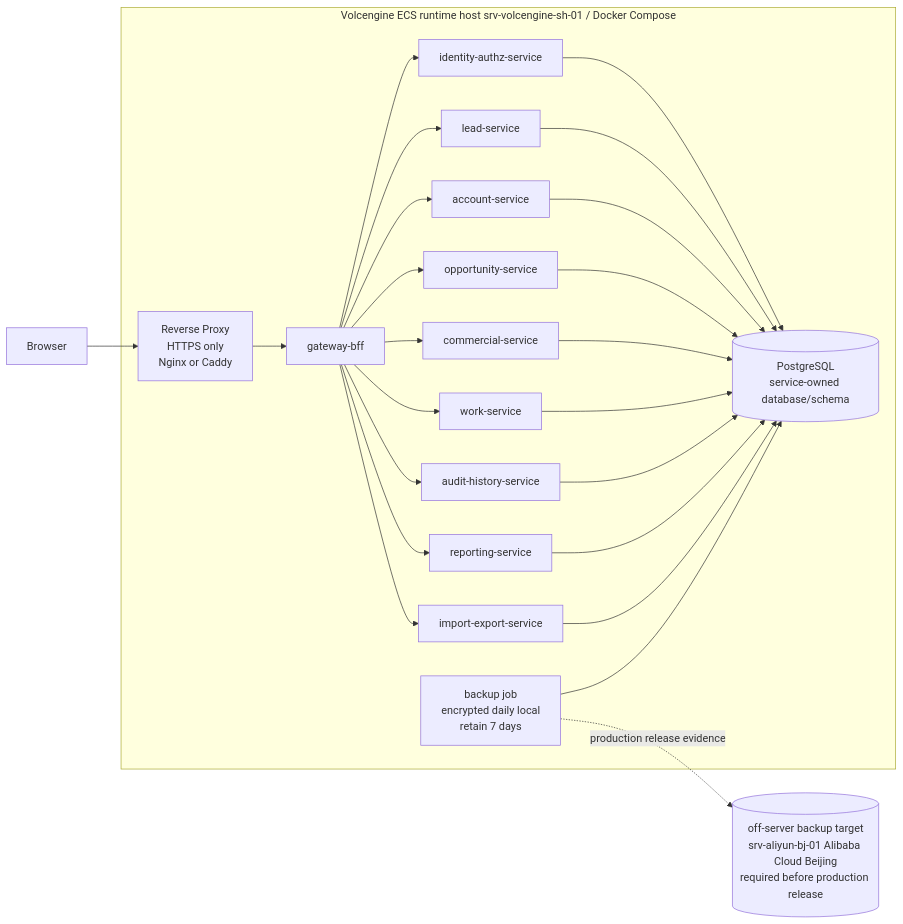
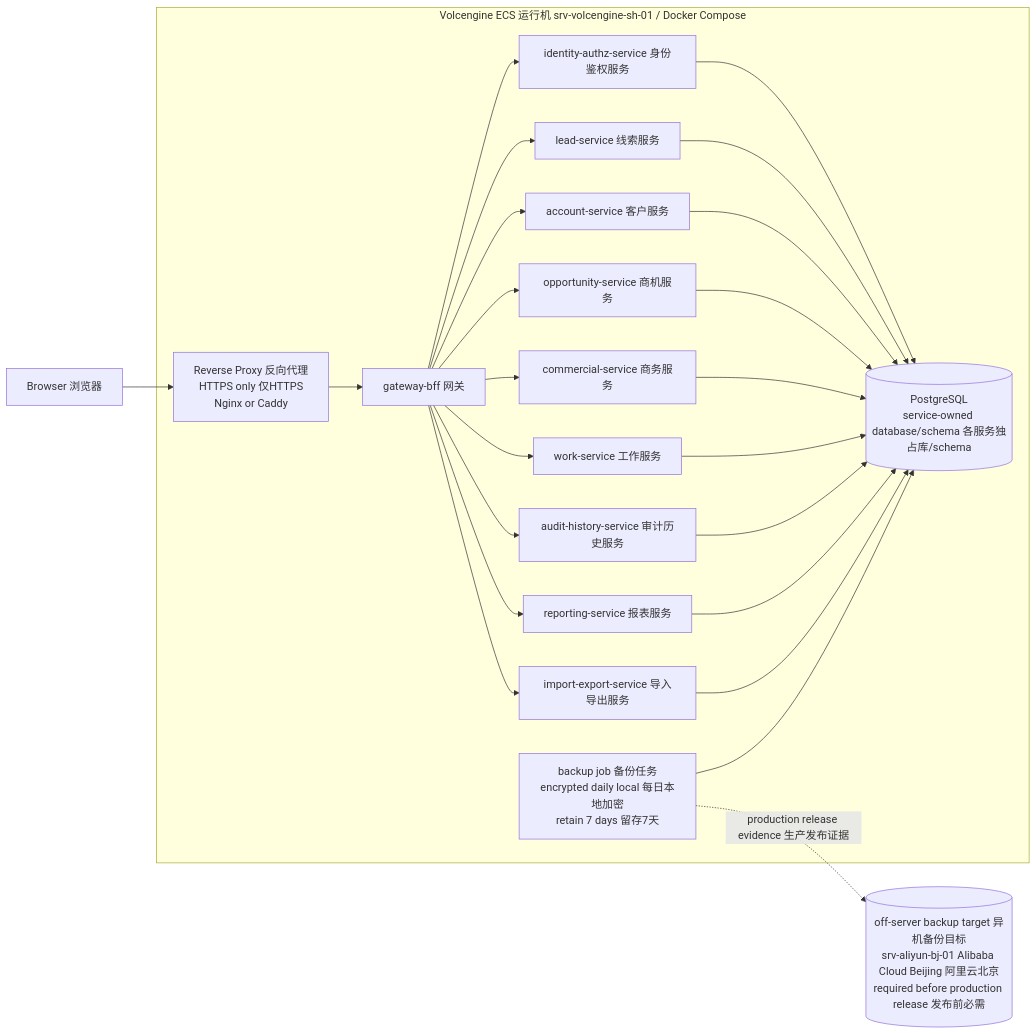
The first of 14 diagrams in docs/architecture/architecture.md (Neil996777/crm-system), drawn with Mermaid before and after one commit. The commit also changed other lines of this file and 33 other files, not shown here.

````diff
--- a/docs/architecture/architecture.md
+++ b/docs/architecture/architecture.md
@@ -112,47 +112,47 @@
 ```mermaid
 flowchart LR
-  Browser[Browser]
-  Proxy[Reverse Proxy<br/>HTTPS only<br/>Nginx or Caddy]
-  BFF[gateway-bff]
+  Browser[Browser 浏览器]
+  Proxy[Reverse Proxy 反向代理<br/>HTTPS only 仅HTTPS<br/>Nginx or Caddy]
+  BFF[gateway-bff 网关]
 
-  subgraph ECS[Volcengine ECS runtime host srv-volcengine-sh-01 / Docker Compose]
+  subgraph ECS[Volcengine ECS 运行机 srv-volcengine-sh-01 / Docker Compose]
     Proxy
     BFF
-    Auth[identity-authz-service]
-    Lead[lead-service]
-    Account[account-service]
-    Opp[opportunity-service]
-    Comm[commercial-service]
-    Work[work-service]
-    Audit[audit-history-service]
-    Report[reporting-service]
-    Import[import-export-service]
-    PG[(PostgreSQL<br/>service-owned database/schema)]
-  Backup[backup job<br/>encrypted daily local<br/>retain 7 days]
+    Auth[identity-authz-service 身份鉴权服务]
+    Lead[lead-service 线索服务]
+    Account[account-service 客户服务]
+    Opp[opportunity-service 商机服务]
+    Comm[commercial-service 商务服务]
+    Work[work-service 工作服务]
+    Audit[audit-history-service 审计历史服务]
+    Report[reporting-service 报表服务]
+    Import[import-export-service 导入导出服务]
+    PG[(PostgreSQL<br/>service-owned database/schema 各服务独占库/schema)]
+  Backup[backup job 备份任务<br/>encrypted daily local 每日本地加密<br/>retain 7 days 留存7天]
   end
 
-  OffHost[(off-server backup target<br/>srv-aliyun-bj-01 Alibaba Cloud Beijing<br/>required before production release)]
+  OffHost[(off-server backup target 异机备份目标<br/>srv-aliyun-bj-01 Alibaba Cloud Beijing 阿里云北京<br/>required before production release 发布前必需)]
 
   Browser --> Proxy --> BFF
   BFF --> Auth
   BFF --> Lead
   BFF --> Account
   BFF --> Opp
   BFF --> Comm
   BFF --> Work
   BFF --> Audit
   BFF --> Report
   BFF --> Import
 
   Auth --> PG
   Lead --> PG
   Account --> PG
   Opp --> PG
   Comm --> PG
   Work --> PG
   Audit --> PG
   Report --> PG
   Import --> PG
   Backup --> PG
-  Backup -. production release evidence .-> OffHost
+  Backup -. production release evidence 生产发布证据 .-> OffHost
 ```
````
